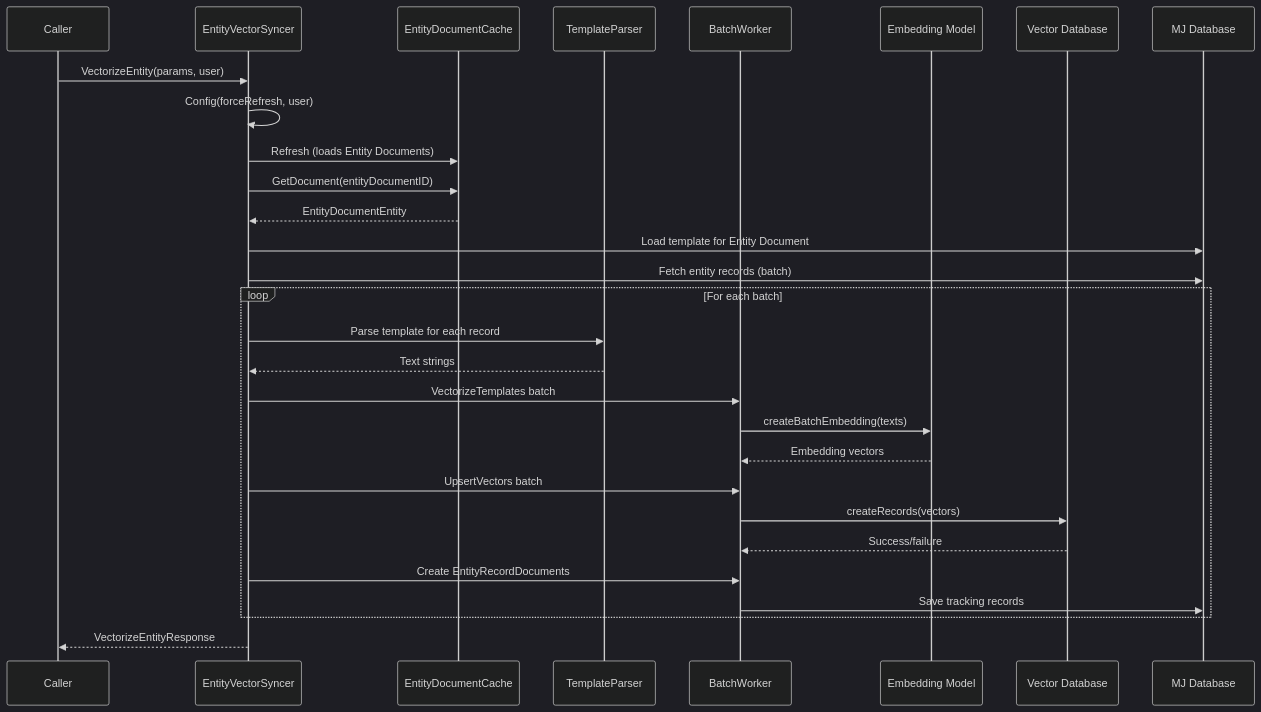
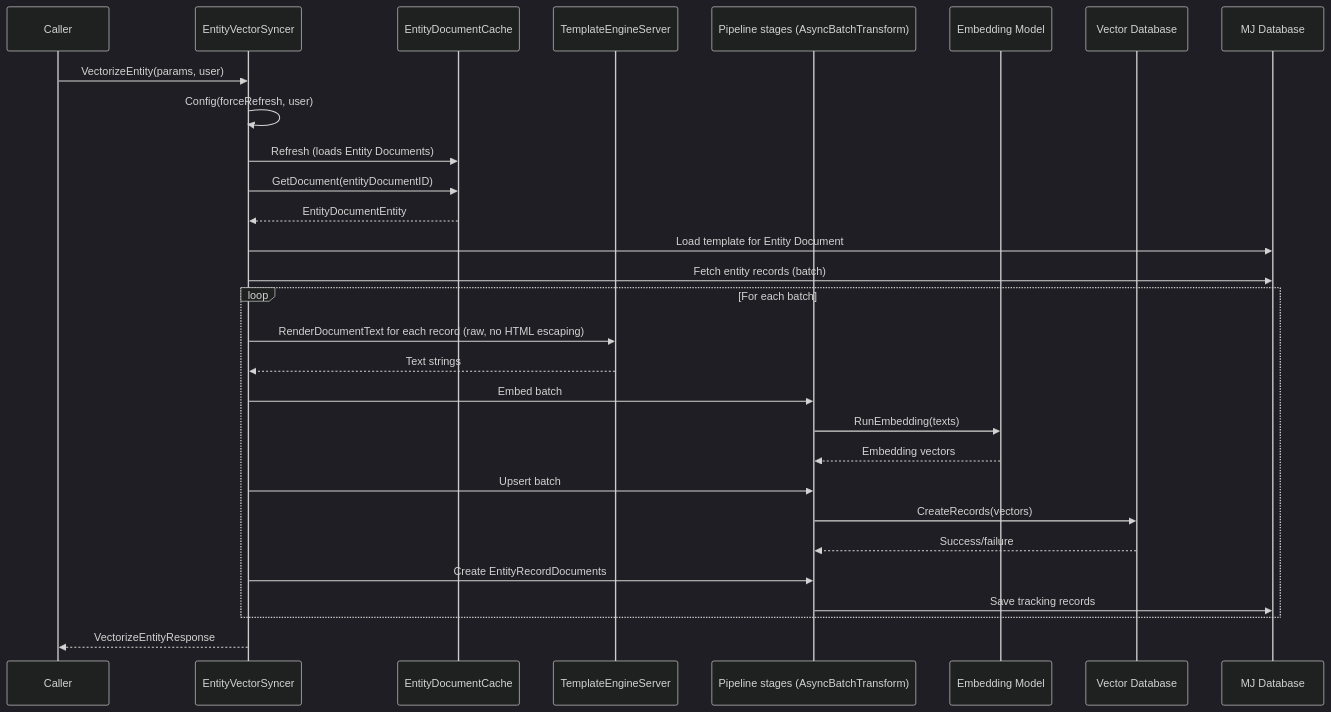
One commit to MemberJunction/MJ changed the second of 4 diagrams in packages/AI/Vectors/Sync/README.md. Above: the diagram before and after it, drawn with Mermaid (dark theme). The commit also changed other lines of this file and 252 other files, not shown here.

````diff
--- a/packages/AI/Vectors/Sync/README.md
+++ b/packages/AI/Vectors/Sync/README.md
@@ -75,38 +75,38 @@
 ```mermaid
 sequenceDiagram
     participant Caller
     participant EVS as EntityVectorSyncer
     participant Cache as EntityDocumentCache
-    participant Parser as TemplateParser
-    participant Worker as BatchWorker
+    participant Engine as TemplateEngineServer
+    participant Stage as Pipeline stages (AsyncBatchTransform)
     participant Model as Embedding Model
     participant VDB as Vector Database
     participant DB as MJ Database
 
     Caller->>EVS: VectorizeEntity(params, user)
     EVS->>EVS: Config(forceRefresh, user)
     EVS->>Cache: Refresh (loads Entity Documents)
     EVS->>Cache: GetDocument(entityDocumentID)
     Cache-->>EVS: EntityDocumentEntity
 
     EVS->>DB: Load template for Entity Document
     EVS->>DB: Fetch entity records (batch)
 
     loop For each batch
-        EVS->>Parser: Parse template for each record
-        Parser-->>EVS: Text strings
+        EVS->>Engine: RenderDocumentText for each record (raw, no HTML escaping)
+        Engine-->>EVS: Text strings
 
-        EVS->>Worker: VectorizeTemplates batch
-        Worker->>Model: createBatchEmbedding(texts)
-        Model-->>Worker: Embedding vectors
+        EVS->>Stage: Embed batch
+        Stage->>Model: RunEmbedding(texts)
+        Model-->>Stage: Embedding vectors
 
-        EVS->>Worker: UpsertVectors batch
-        Worker->>VDB: createRecords(vectors)
-        VDB-->>Worker: Success/failure
+        EVS->>Stage: Upsert batch
+        Stage->>VDB: CreateRecords(vectors)
+        VDB-->>Stage: Success/failure
 
-        EVS->>Worker: Create EntityRecordDocuments
-        Worker->>DB: Save tracking records
+        EVS->>Stage: Create EntityRecordDocuments
+        Stage->>DB: Save tracking records
     end
 
     EVS-->>Caller: VectorizeEntityResponse
 ```
````
